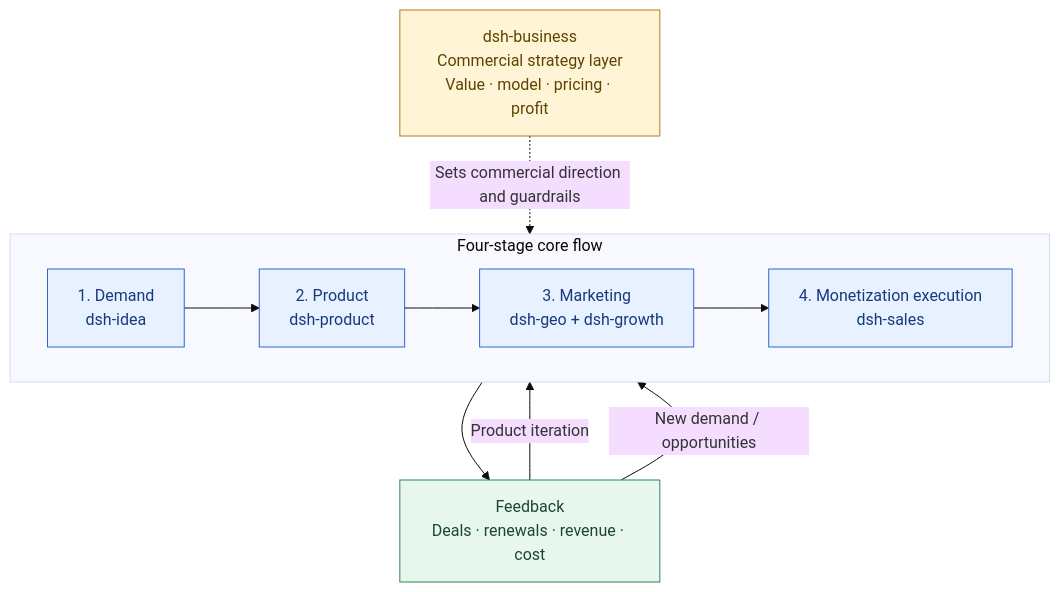
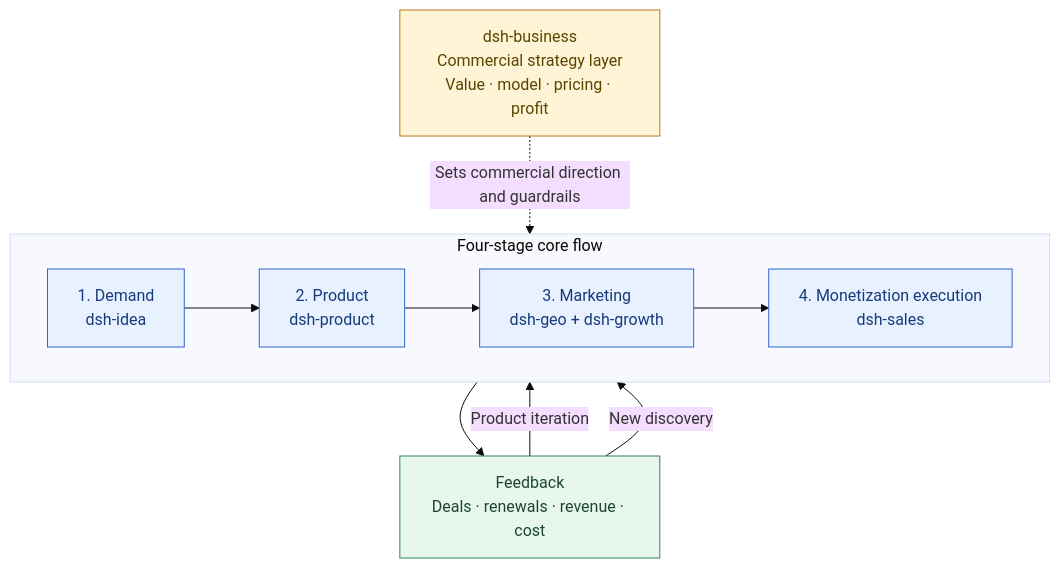
Before and after one commit to winyh/dsh-growth: the diagram in README.md, drawn with Mermaid (base theme). The commit also changed 1 other file, not shown here.

Commit message:
docs: standardize new discovery architecture labels

````diff
--- a/README.md
+++ b/README.md
@@ -24,23 +24,23 @@
 ```mermaid
 flowchart TB
     S["dsh-business<br/>Commercial strategy layer<br/>Value · model · pricing · profit"]
 
     subgraph MAIN["Four-stage core flow"]
         direction LR
         A["1. Demand<br/>dsh-idea"] --> B["2. Product<br/>dsh-product"]
         B --> C["3. Marketing<br/>dsh-geo + dsh-growth"]
         C --> D["4. Monetization execution<br/>dsh-sales"]
     end
 
     S -. "Sets commercial direction and guardrails" .-> A
     D --> R["Feedback<br/>Deals · renewals · revenue · cost"]
     R -->|Product iteration| B
-    R -->|New demand / opportunities| A
+    R -->|New discovery| A
 
     classDef strategy fill:#FFF4D6,stroke:#B7791F,color:#5C4500
     classDef stage fill:#E8F1FF,stroke:#3366CC,color:#173A7A
     classDef feedback fill:#E8F7EE,stroke:#2F855A,color:#1C4532
     class S strategy
     class A,B,C,D stage
     class R feedback
 ```
````
